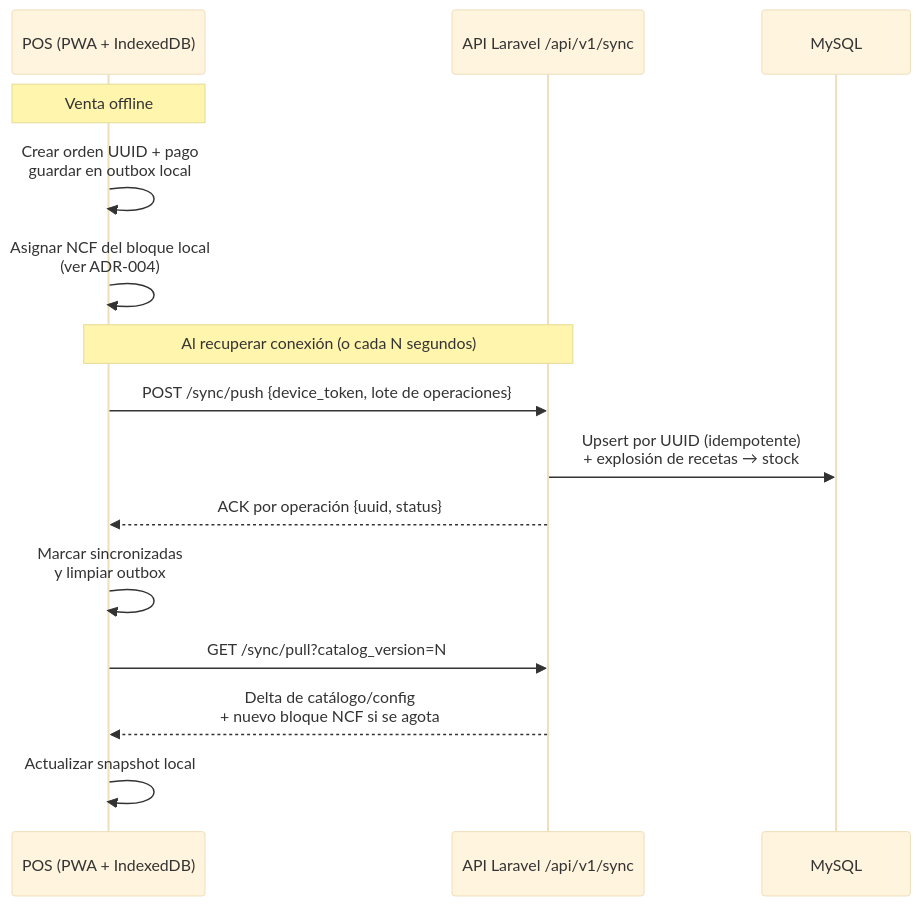
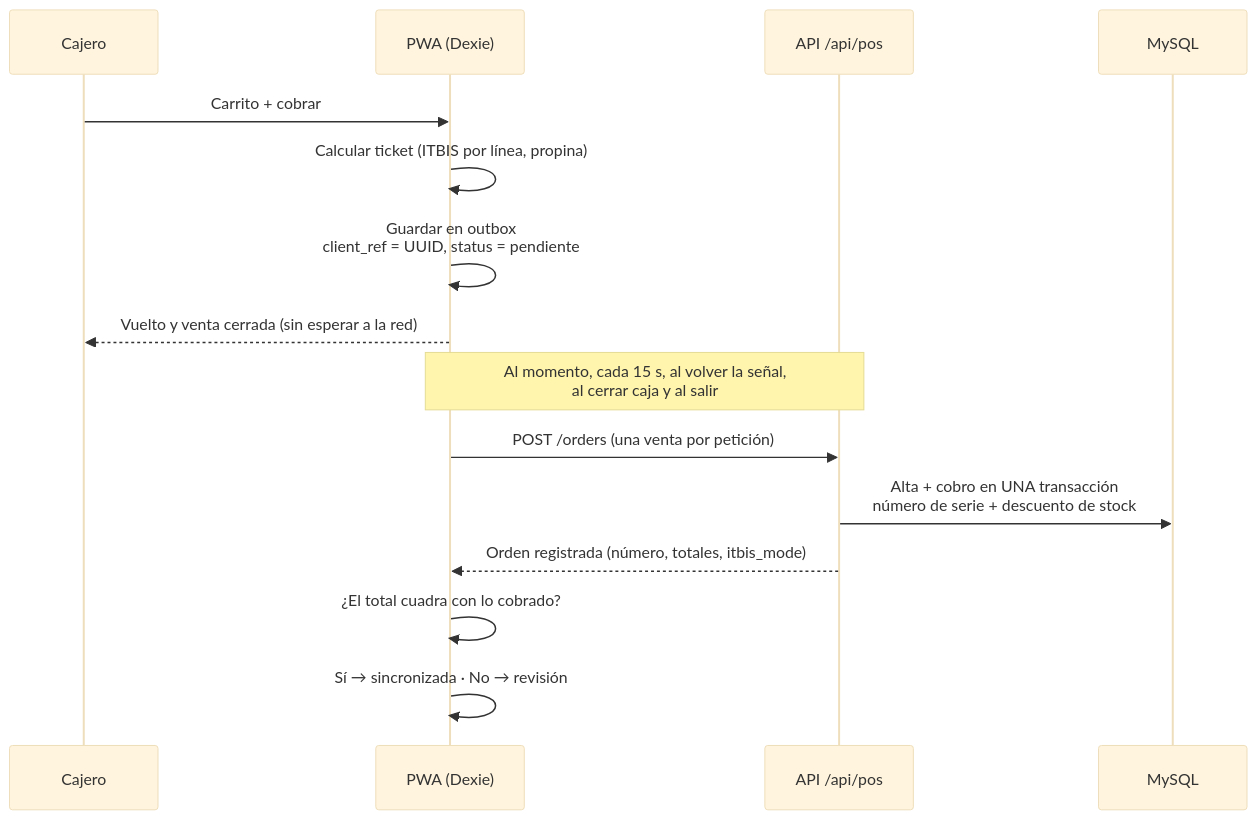
One commit to juancamedrano21/eventbarrest changed the first of 2 diagrams in docs/05-pos-offline-sync.md. Above: the diagram before and after it, drawn with Mermaid (base theme). The commit also changed other lines of this file and 7 other files, not shown here.

````diff
--- a/docs/05-pos-offline-sync.md
+++ b/docs/05-pos-offline-sync.md
@@ -29,20 +79,19 @@
 ```mermaid
 sequenceDiagram
-    participant POS as POS (PWA + IndexedDB)
-    participant API as API Laravel /api/v1/sync
+    participant C as Cajero
+    participant POS as PWA (Dexie)
+    participant API as API /api/pos
     participant BD as MySQL
 
-    Note over POS: Venta offline
-    POS->>POS: Crear orden UUID + pago<br/>guardar en outbox local
-    POS->>POS: Asignar NCF del bloque local<br/>(ver ADR-004)
+    C->>POS: Carrito + cobrar
+    POS->>POS: Calcular ticket (ITBIS por línea, propina)
+    POS->>POS: Guardar en outbox<br/>client_ref = UUID, status = pendiente
+    POS-->>C: Vuelto y venta cerrada (sin esperar a la red)
 
-    Note over POS,API: Al recuperar conexión (o cada N segundos)
-    POS->>API: POST /sync/push {device_token, lote de operaciones}
-    API->>BD: Upsert por UUID (idempotente)<br/>+ explosión de recetas → stock
-    API-->>POS: ACK por operación {uuid, status}
-    POS->>POS: Marcar sincronizadas<br/>y limpiar outbox
-
-    POS->>API: GET /sync/pull?catalog_version=N
-    API-->>POS: Delta de catálogo/config<br/>+ nuevo bloque NCF si se agota
-    POS->>POS: Actualizar snapshot local
+    Note over POS,API: Al momento, cada 15 s, al volver la señal,<br/>al cerrar caja y al salir
+    POS->>API: POST /orders (una venta por petición)
+    API->>BD: Alta + cobro en UNA transacción<br/>número de serie + descuento de stock
+    API-->>POS: Orden registrada (número, totales, itbis_mode)
+    POS->>POS: ¿El total cuadra con lo cobrado?
+    POS->>POS: Sí → sincronizada · No → revisión
 ```
````
